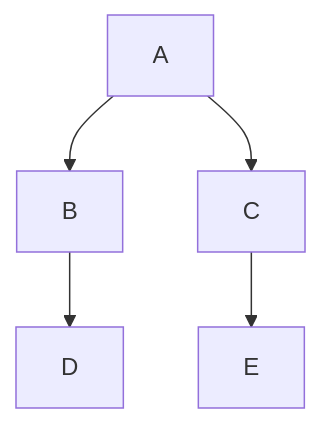
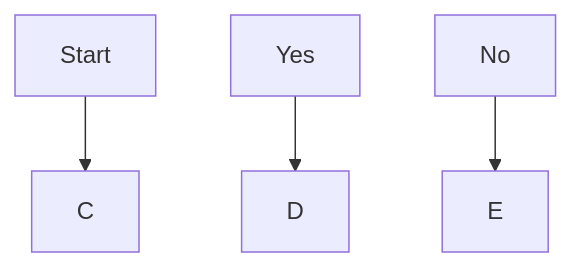
Before and after one commit to Imartino4/holbertonschool-printf: the diagram in README.md, drawn with Mermaid.

Commit message:
try dd flowchart

````diff
--- a/README.md
+++ b/README.md
@@ -21,7 +21,7 @@
 ```mermaid
 graph TD;
-    A-->B;
-    A-->C;
-    B-->D;
-    C-->E;
+
+    Start-->C;
+    Yes-->D;
+    No-->E;
 ```
````
